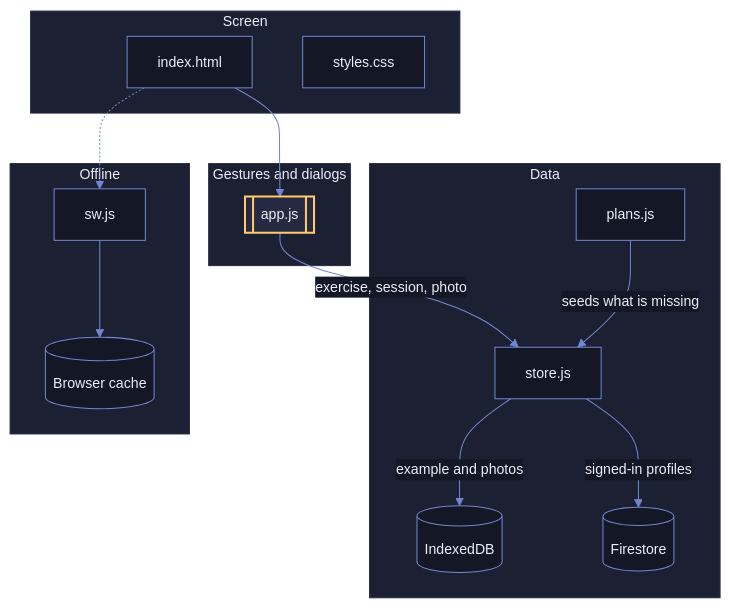
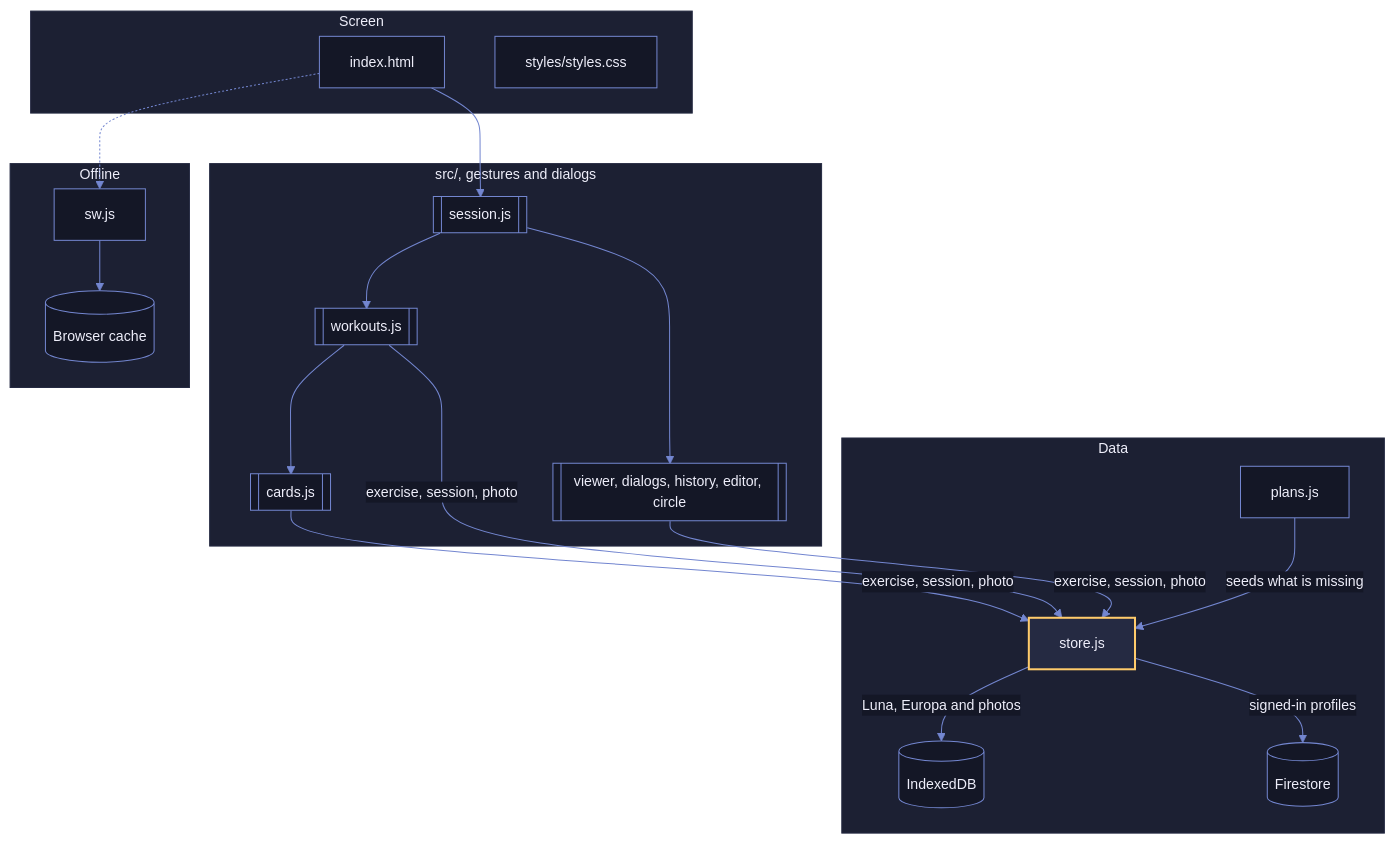
One commit to v-amorim/academia changed the first of 4 diagrams in README.md. Above: the diagram before and after it, drawn with Mermaid. The commit also changed other lines of this file and 39 other files, not shown here.

First line of the commit message:
refactor: repository layout, app.js split into scripts, example circle and README

````diff
--- a/README.md
+++ b/README.md
@@ -24,72 +36,67 @@
 ```mermaid
 ---
 config:
   theme: base
   themeVariables:
     darkMode: true
     background: "#0D0E17"
     mainBkg: "#141726"
     primaryColor: "#141726"
     primaryTextColor: "#EEEEFA"
     primaryBorderColor: "#7386d0"
     secondaryColor: "#252A42"
     secondaryTextColor: "#EEEEFA"
     secondaryBorderColor: "#8A9BE0"
     tertiaryColor: "#7386D0"
     tertiaryTextColor: "#EEEEFA"
     tertiaryBorderColor: "#A2B0EA"
     lineColor: "#7386d0"
     textColor: "#EEEEFA"
     titleColor: "#EEEEFA"
     nodeBorder: "#7386d0"
     nodeTextColor: "#EEEEFA"
     clusterBkg: "#1C2033"
     clusterBorder: "#252A42"
     edgeLabelBackground: "#141726"
-    noteBkgColor: "#7386D0"
-    noteTextColor: "#EEEEFA"
-    noteBorderColor: "#7386d0"
-    activationBkgColor: "#252A42"
-    activationBorderColor: "#ffcb6b"
-    arrowheadColor: "#7386d0"
-    border1: "#7386d0"
-    border2: "#7E86A4"
-    errorBkgColor: "#7386D0"
-    errorTextColor: "#EEEEFA"
     fontFamily: "Mulish, system-ui, sans-serif"
     fontSize: "14px"
 ---
 flowchart TB
   classDef router fill:#252A42,stroke:#ffcb6b,stroke-width:2px,color:#EEEEFA
 
   subgraph screen["Screen"]
     html["`index.html`"]
-    css["`styles.css`"]
+    css["`styles/styles.css`"]
   end
 
-  subgraph logic["Gestures and dialogs"]
-    app[["`app.js`"]]
+  subgraph logic["src/, gestures and dialogs"]
+    cards[["`cards.js`"]]
+    workouts[["`workouts.js`"]]
+    dialogs[["`viewer, dialogs, history, editor, circle`"]]
+    session[["`session.js`"]]
   end
 
   subgraph data["Data"]
     plans["`plans.js`"]
     store["`store.js`"]
     idb[("`IndexedDB`")]
     cloud[("`Firestore`")]
   end
 
   subgraph offline["Offline"]
     sw["`sw.js`"]
     cache[("`Browser cache`")]
   end
 
-  html --> app
-  app -->|"exercise, session, photo"| store
+  html --> session
+  session --> workouts --> cards
+  session --> dialogs
+  cards & workouts & dialogs -->|"exercise, session, photo"| store
   plans -->|"seeds what is missing"| store
-  store -->|"example and photos"| idb
+  store -->|"Luna, Europa and photos"| idb
   store -->|"signed-in profiles"| cloud
   html -.-> sw
   sw --> cache
 
-  class app router
+  class store router
 ```
````
